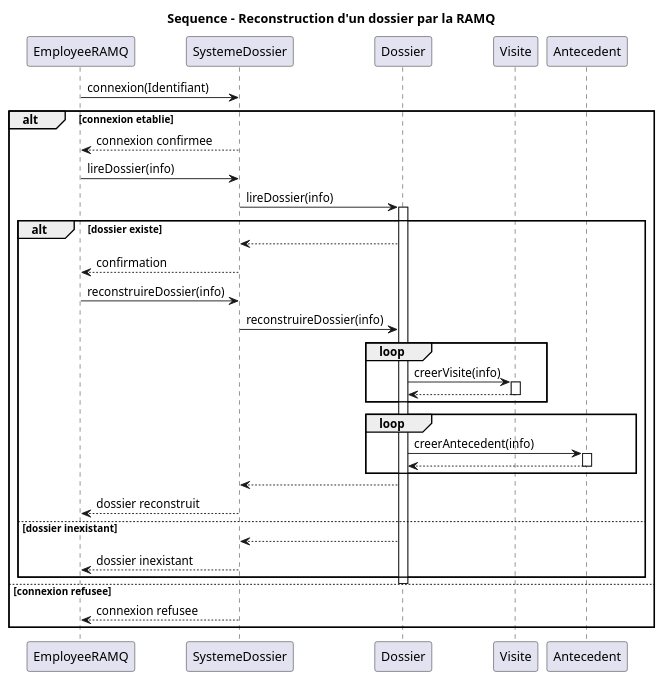
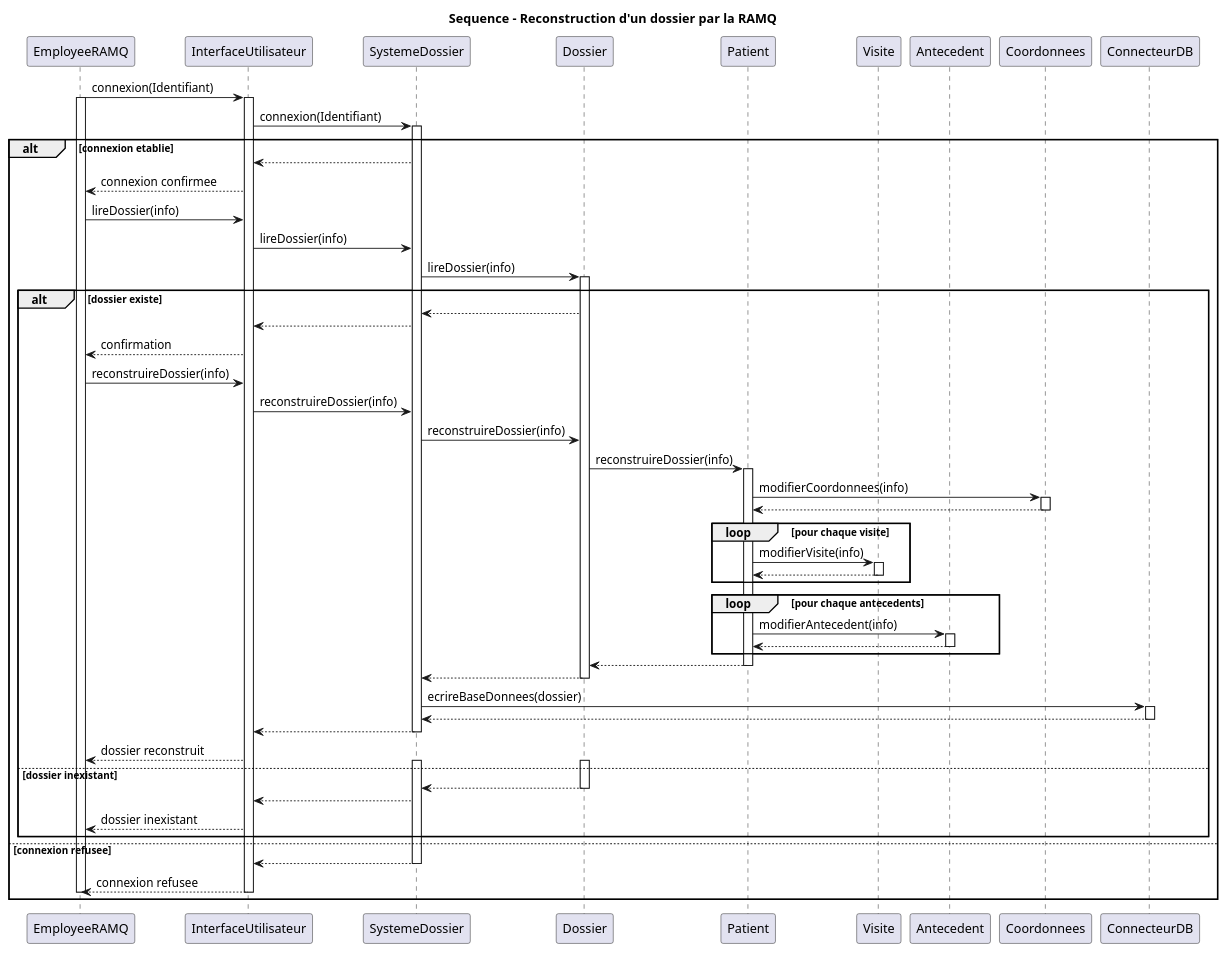
The diagram in EmployeRAMQreconstruitDossier.puml (vbrayuqam/projet-genielog), drawn with PlantUML before and after one commit. The commit also changed 3 other files, not shown here.

Commit message:
les diagrammes modifiés de RAMQ avec les png correspondant

```diff
--- a/EmployeRAMQreconstruitDossier.puml
+++ b/EmployeRAMQreconstruitDossier.puml
@@ -1,54 +1,94 @@
 @startuml EmployeRamqReconstructionDossier
 
 Title Sequence - Reconstruction d'un dossier par la RAMQ
 
 participant EmployeeRAMQ as ER
+participant InterfaceUtilisateur as IU
 participant SystemeDossier as SD 
 participant Dossier as D 
+participant Patient as P
 participant Visite as V
 participant Antecedent as A 
+participant Coordonnees as C
+participant ConnecteurDB as CDB
 
-ER -> SD : connexion(Identifiant)
+ER -> IU : connexion(Identifiant)
+activate ER
+activate IU
+IU -> SD : connexion(Identifiant)
+activate SD
+
 
 alt connexion etablie
 
-    SD --> ER : connexion confirmee
-    ER -> SD : lireDossier(info)
+    SD --> IU : 
+    IU --> ER : connexion confirmee
+    ER -> IU : lireDossier(info)
+    IU -> SD : lireDossier(info)
     SD -> D : lireDossier(info)
     activate D
     alt dossier existe
         D --> SD
-        SD --> ER : confirmation
-        ER -> SD : reconstruireDossier(info)
+        SD --> IU 
+        IU --> ER : confirmation
+        ER -> IU : reconstruireDossier(info)
+        IU -> SD : reconstruireDossier(info)
         SD -> D : reconstruireDossier(info)
+        D -> P : reconstruireDossier(info)
+        activate P
 
-        loop
-            D -> V : creerVisite(info)
+        P -> C : modifierCoordonnees(info)
+        activate C
+        C --> P 
+        deactivate C
+
+        loop pour chaque visite
+            P -> V : modifierVisite(info)
             activate V
-            V --> D
+            V --> P
             deactivate V
         end
 
-        loop
-            D -> A : creerAntecedent(info)
+        loop  pour chaque antecedents
+            P -> A : modifierAntecedent(info)
             activate A
-            A --> D
+            A --> P
             deactivate A
         end
         
+        P --> D
+        deactivate P
         D --> SD
-        SD --> ER : dossier reconstruit
+        deactivate D
+        SD -> CDB : ecrireBaseDonnees(dossier)
+        activate CDB
+        CDB --> SD
+        deactivate CDB
+
+        SD --> IU 
+        deactivate SD
+        IU --> ER : dossier reconstruit
     else dossier inexistant
+        activate SD
+        activate D
         D --> SD
-        SD --> ER : dossier inexistant
-
+        deactivate D
+        SD --> IU 
+        
+        IU --> ER : dossier inexistant
     end
     deactivate D
 else connexion refusee
 
-    SD --> ER : connexion refusee
+    
+    SD --> IU 
+    deactivate SD
+    IU --> ER : connexion refusee
 
+    deactivate IU
+    deactivate ER
 end
 
 
+
 @enduml
```
